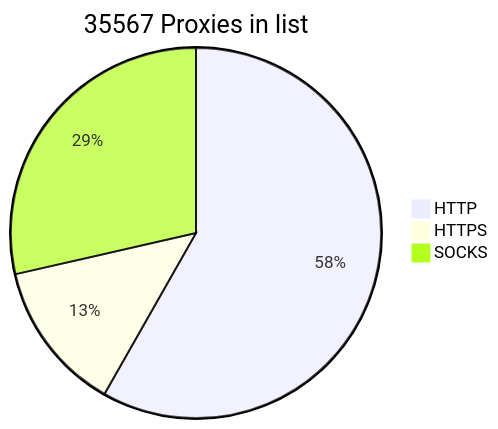
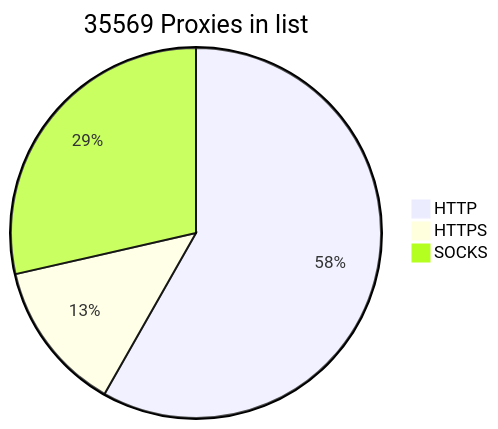
Before and after one commit to BlackSnowDot/proxylist-update-every-minute: the diagram in README.md, drawn with Mermaid.

````diff
--- a/README.md
+++ b/README.md
@@ -2,6 +2,6 @@
 ```mermaid
-pie title 35567 Proxies in list
-    "HTTP" : 23004
-    "HTTPS": 5217
+pie title 35569 Proxies in list
+    "HTTP" : 23005
+    "HTTPS": 5220
     "SOCKS" : 11287
 ```
````
